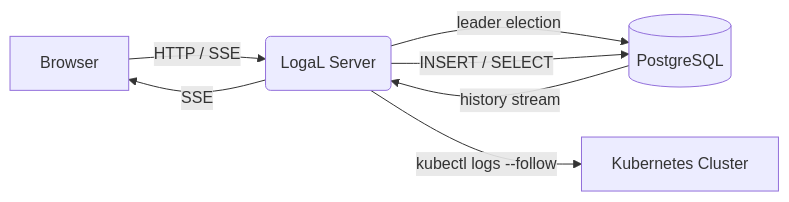
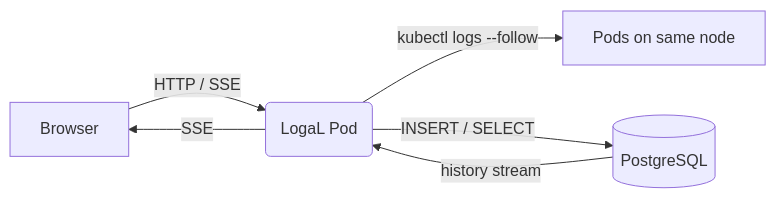
One commit to mtommyp14/LogaL changed the first of 4 diagrams in README.md. Above: the diagram before and after it, drawn with Mermaid. The commit also changed other lines of this file and 1 other file, not shown here.

Commit message:
refactor: switch to DaemonSet node-aware log collection

````diff
--- a/README.md
+++ b/README.md
@@ -72,9 +72,8 @@
 ```mermaid
 graph LR
-    A[Browser] -->|HTTP / SSE| B(LogaL Server)
-    B -->|leader election| D[(PostgreSQL)]
-    B -->|kubectl logs --follow| C[Kubernetes Cluster]
-    B -->|INSERT / SELECT| D
+    A[Browser] -->|HTTP / SSE| B(LogaL Pod)
+    B -->|kubectl logs --follow| C[Pods on same node]
+    B -->|INSERT / SELECT| D[(PostgreSQL)]
     D -->|history stream| B
     B -->|SSE| A
 ```
````
